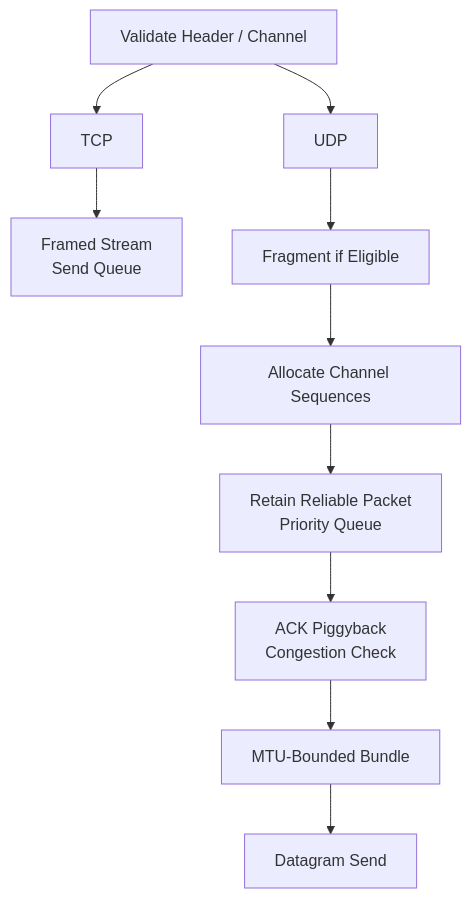
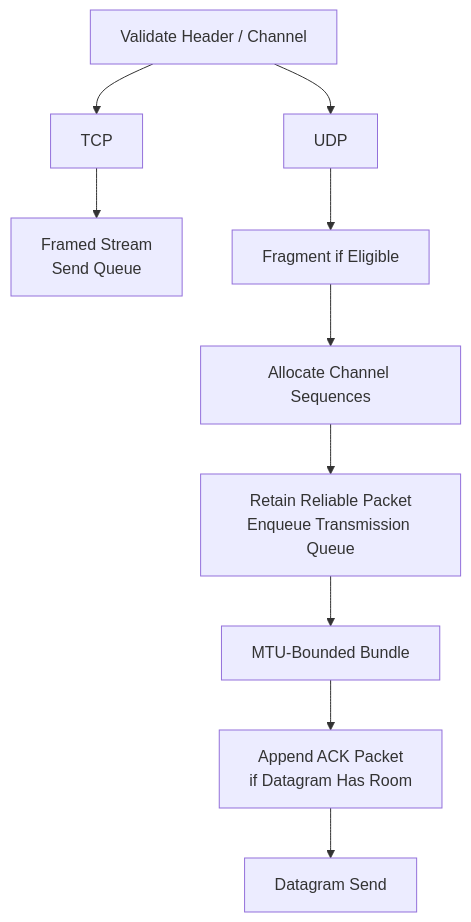
One commit to akxotjr/akxotjr.github.io changed the second of 3 diagrams in content/Projects/Jam/Networking/03. Packet Processing Pipeline.md. Above: the diagram before and after it, drawn with Mermaid. The commit also changed other lines of this file and 34 other files, not shown here.

````diff
--- a/content/Projects/Jam/Networking/03. Packet Processing Pipeline.md
+++ b/content/Projects/Jam/Networking/03. Packet Processing Pipeline.md
@@ -28,29 +28,28 @@
 ```mermaid
 flowchart TD
 
     Validate["Validate Header / Channel"]
 
     TCP["TCP"]
     UDP["UDP"]
 
     TCPQueue["Framed Stream<br/>Send Queue"]
 
     Fragment["Fragment if Eligible"]
     Sequence["Allocate Channel Sequences"]
-    Reliable["Retain Reliable Packet<br/>Priority Queue"]
-    ACK["ACK Piggyback<br/>Congestion Check"]
+    Reliable["Retain Reliable Packet<br/>Enqueue Transmission Queue"]
+    ACK["Append ACK Packet<br/>if Datagram Has Room"]
     Bundle["MTU-Bounded Bundle"]
     Send["Datagram Send"]
 
     Validate --> TCP
     Validate --> UDP
 
     TCP --> TCPQueue
 
     UDP --> Fragment
     Fragment --> Sequence
     Sequence --> Reliable
-    Reliable --> ACK
-    ACK --> Bundle
-    Bundle --> Send
+    Reliable --> Bundle
+    Bundle --> ACK --> Send
 ```
````
